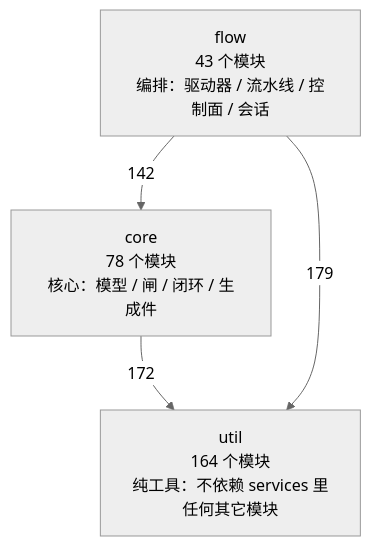
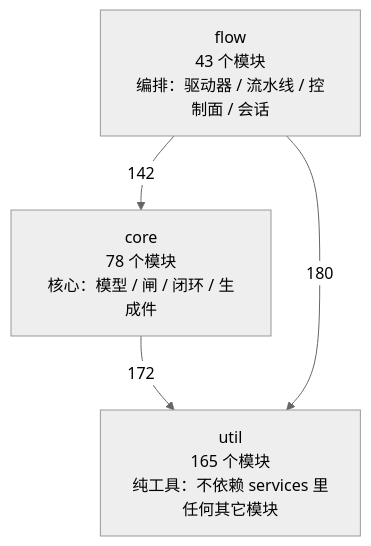
The first of 4 diagrams in docs/SlideRule V6.2 架构图（自动生成）.md (2686521696/WhyBuddy), drawn with Mermaid (neutral theme) before and after one commit. The commit also changed other lines of this file and 9 other files, not shown here.

````diff
--- a/docs/SlideRule V6.2 架构图（自动生成）.md
+++ b/docs/SlideRule V6.2 架构图（自动生成）.md
@@ -50,9 +50,9 @@
 ```mermaid
 flowchart TB
-  util["util<br/>164 个模块<br/>纯工具：不依赖 services 里任何其它模块"]
+  util["util<br/>165 个模块<br/>纯工具：不依赖 services 里任何其它模块"]
   core["core<br/>78 个模块<br/>核心：模型 / 闸 / 闭环 / 生成件"]
   flow["flow<br/>43 个模块<br/>编排：驱动器 / 流水线 / 控制面 / 会话"]
   core -->|172| util
   flow -->|142| core
-  flow -->|179| util
+  flow -->|180| util
 ```
````
